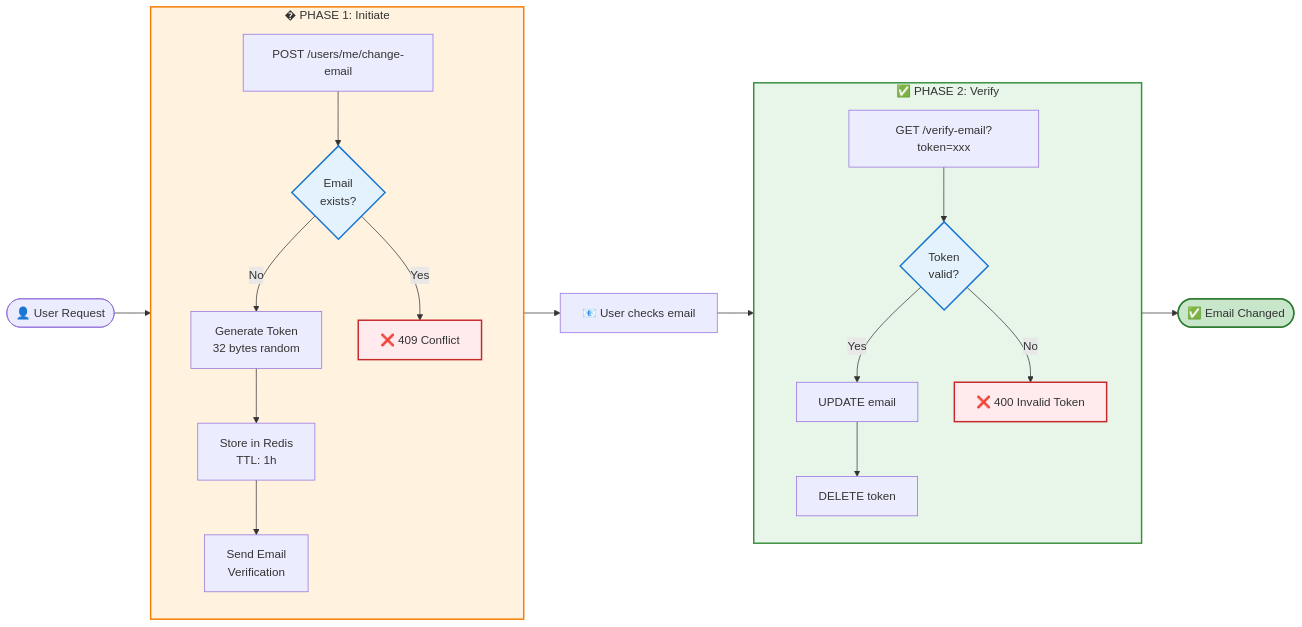
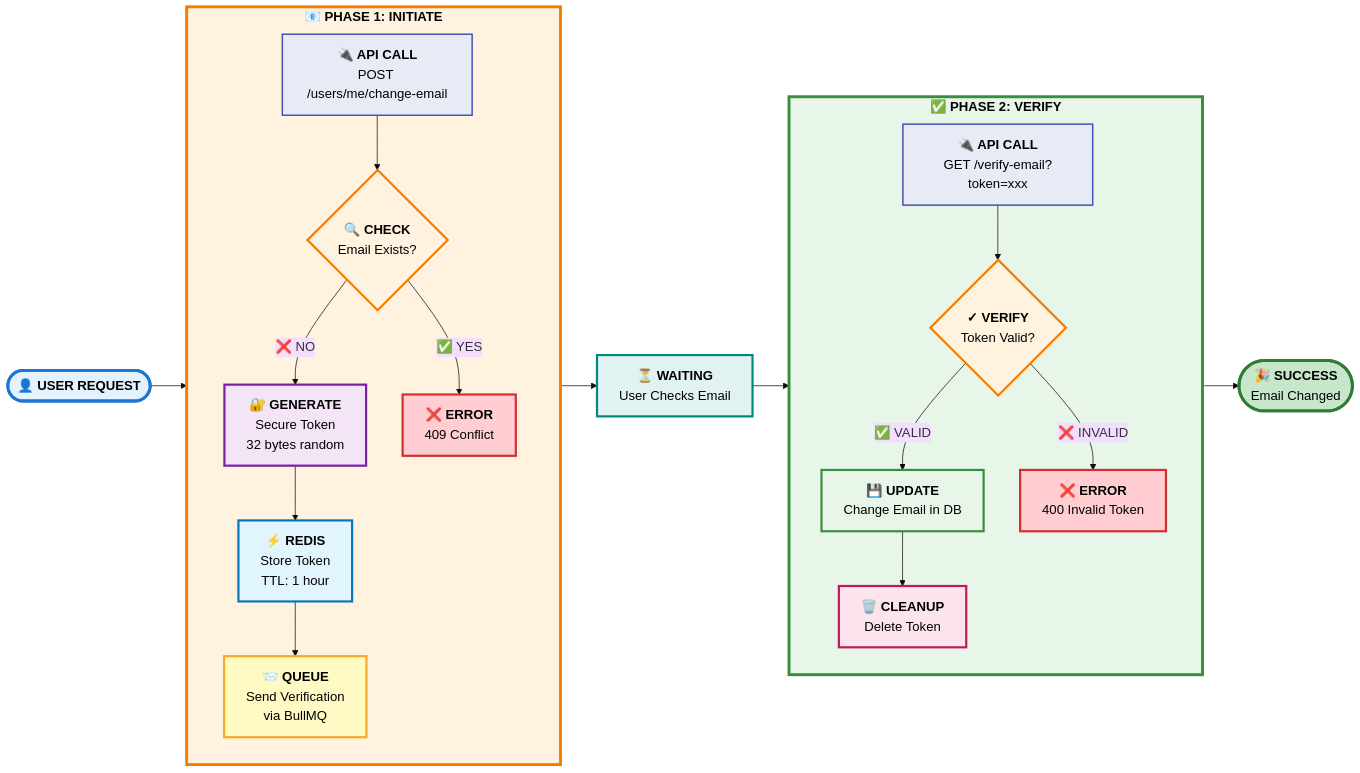
One commit to doananhhung/livechat changed the ninth of 12 diagrams in presentation/pages/hieu.md. Above: the diagram before and after it, drawn with Mermaid. The commit also changed other lines of this file, not shown here.

````diff
--- a/presentation/pages/hieu.md
+++ b/presentation/pages/hieu.md
@@ -664,45 +731,59 @@
 ```mermaid
+%%{init: {'theme':'base', 'themeVariables': { 'fontSize':'18px'}}}%%
 flowchart LR
-    Start([👤 User Request]) --> Phase1
+    Start([<b>👤 USER REQUEST</b>]) --> Phase1
     
-    subgraph Phase1["� PHASE 1: Initiate"]
+    subgraph Phase1["<b>📧 PHASE 1: INITIATE</b>"]
         direction TB
-        A1[POST /users/me/change-email]
-        A2{Email<br/>exists?}
-        A3[Generate Token<br/>32 bytes random]
-        A4[Store in Redis<br/>TTL: 1h]
-        A5[Send Email<br/>Verification]
+        A1["<b>🔌 API CALL</b><br/>POST /users/me/change-email"]
+        A2{"<b>🔍 CHECK</b><br/>Email Exists?"}
+        A3["<b>🔐 GENERATE</b><br/>Secure Token<br/>32 bytes random"]
+        A4["<b>⚡ REDIS</b><br/>Store Token<br/>TTL: 1 hour"]
+        A5["<b>📨 QUEUE</b><br/>Send Verification<br/>via BullMQ"]
         
         A1 --> A2
-        A2 -->|No| A3
-        A2 -->|Yes| Err1[❌ 409 Conflict]
+        A2 -->|"❌ NO"| A3
+        A2 -->|"✅ YES"| Err1["<b>❌ ERROR</b><br/>409 Conflict"]
         A3 --> A4
         A4 --> A5
     end
     
-    A5 --> Wait[📧 User checks email]
+    A5 --> Wait["<b>⏳ WAITING</b><br/>User Checks Email"]
     Wait --> Phase2
     
-    subgraph Phase2["✅ PHASE 2: Verify"]
+    subgraph Phase2["<b>✅ PHASE 2: VERIFY</b>"]
         direction TB
-        B1[GET /verify-email?token=xxx]
-        B2{Token<br/>valid?}
-        B3[UPDATE email]
-        B4[DELETE token]
+        B1["<b>🔌 API CALL</b><br/>GET /verify-email?token=xxx"]
+        B2{"<b>✓ VERIFY</b><br/>Token Valid?"}
+        B3["<b>💾 UPDATE</b><br/>Change Email in DB"]
+        B4["<b>🗑️ CLEANUP</b><br/>Delete Token"]
         
         B1 --> B2
-        B2 -->|Yes| B3
-        B2 -->|No| Err2[❌ 400 Invalid Token]
+        B2 -->|"✅ VALID"| B3
+        B2 -->|"❌ INVALID"| Err2["<b>❌ ERROR</b><br/>400 Invalid Token"]
         B3 --> B4
     end
     
-    B4 --> Success([✅ Email Changed])
+    B4 --> Success([<b>🎉 SUCCESS</b><br/>Email Changed])
     
-    style Phase1 fill:#fff3e0,stroke:#f57c00,stroke-width:2px
-    style Phase2 fill:#e8f5e9,stroke:#388e3c,stroke-width:2px
-    style A2 fill:#e3f2fd,stroke:#1976d2,stroke-width:2px
-    style B2 fill:#e3f2fd,stroke:#1976d2,stroke-width:2px
-    style Err1 fill:#ffebee,stroke:#c62828,stroke-width:2px
-    style Err2 fill:#ffebee,stroke:#c62828,stroke-width:2px
-    style Success fill:#c8e6c9,stroke:#2e7d32,stroke-width:2px
+    style Phase1 fill:#fff3e0,stroke:#f57c00,stroke-width:4px,color:#000
+    style Phase2 fill:#e8f5e9,stroke:#388e3c,stroke-width:4px,color:#000
+    style Start fill:#e3f2fd,stroke:#1976d2,stroke-width:4px,color:#000
+    style Success fill:#c8e6c9,stroke:#2e7d32,stroke-width:4px,color:#000
+    
+    style A2 fill:#fff3e0,stroke:#f57c00,stroke-width:3px,color:#000
+    style B2 fill:#fff3e0,stroke:#f57c00,stroke-width:3px,color:#000
+    
+    style A3 fill:#f3e5f5,stroke:#7b1fa2,stroke-width:3px,color:#000
+    style A4 fill:#e1f5fe,stroke:#0277bd,stroke-width:3px,color:#000
+    style A5 fill:#fff9c4,stroke:#f9a825,stroke-width:3px,color:#000
+    style B3 fill:#e8f5e9,stroke:#388e3c,stroke-width:3px,color:#000
+    style B4 fill:#fce4ec,stroke:#c2185b,stroke-width:3px,color:#000
+    
+    style Err1 fill:#ffcdd2,stroke:#d32f2f,stroke-width:3px,color:#000
+    style Err2 fill:#ffcdd2,stroke:#d32f2f,stroke-width:3px,color:#000
+    style Wait fill:#e0f2f1,stroke:#00897b,stroke-width:3px,color:#000
+    
+    style A1 fill:#e8eaf6,stroke:#3f51b5,stroke-width:2px,color:#000
+    style B1 fill:#e8eaf6,stroke:#3f51b5,stroke-width:2px,color:#000
 ```
````
